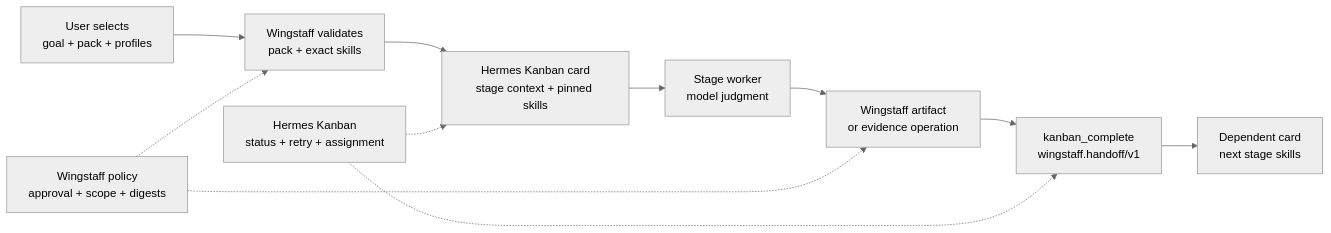
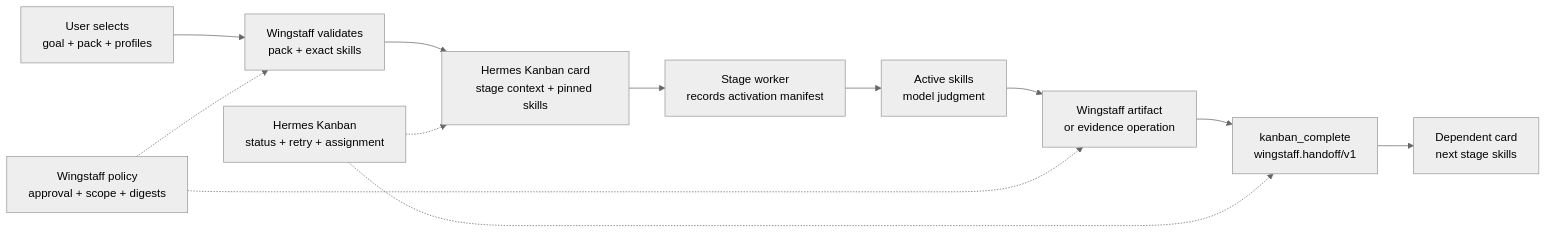
Before and after one commit to forgegod/daidala: the diagram in docs/11-skill-usage-and-user-control.md, drawn with Mermaid (neutral theme). The commit also changed other lines of this file and 9 other files, not shown here.

````diff
--- a/docs/11-skill-usage-and-user-control.md
+++ b/docs/11-skill-usage-and-user-control.md
@@ -21,14 +21,15 @@
 ```mermaid
 flowchart LR
     U["User selects<br>goal + pack + profiles"] --> W["Wingstaff validates<br>pack + exact skills"]
     W --> C["Hermes Kanban card<br>stage context + pinned skills"]
-    C --> A["Stage worker<br>model judgment"]
-    A --> E["Wingstaff artifact<br>or evidence operation"]
+    C --> A["Stage worker<br>records activation manifest"]
+    A --> J["Active skills<br>model judgment"]
+    J --> E["Wingstaff artifact<br>or evidence operation"]
     E --> H["kanban_complete<br>wingstaff.handoff/v1"]
     H --> N["Dependent card<br>next stage skills"]
 
     P["Wingstaff policy<br>approval + scope + digests"] -.-> W
     P -.-> E
     K["Hermes Kanban<br>status + retry + assignment"] -.-> C
     K -.-> H
 ```
````
